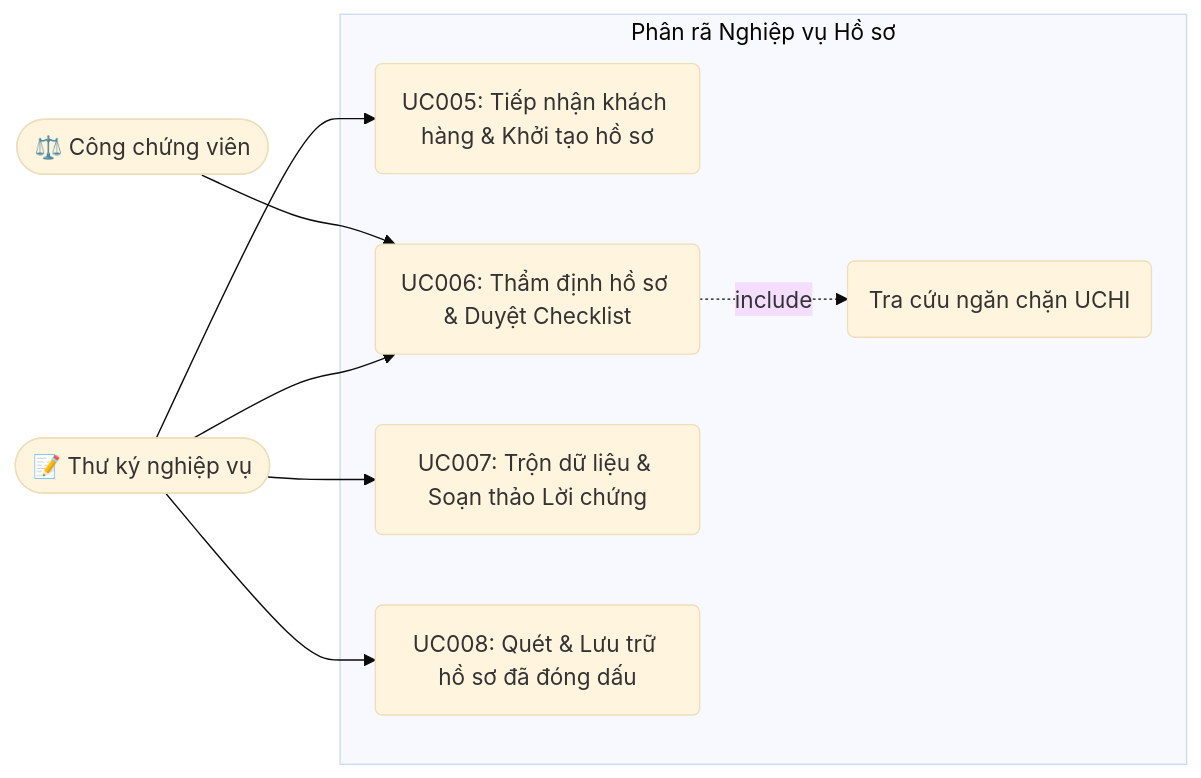
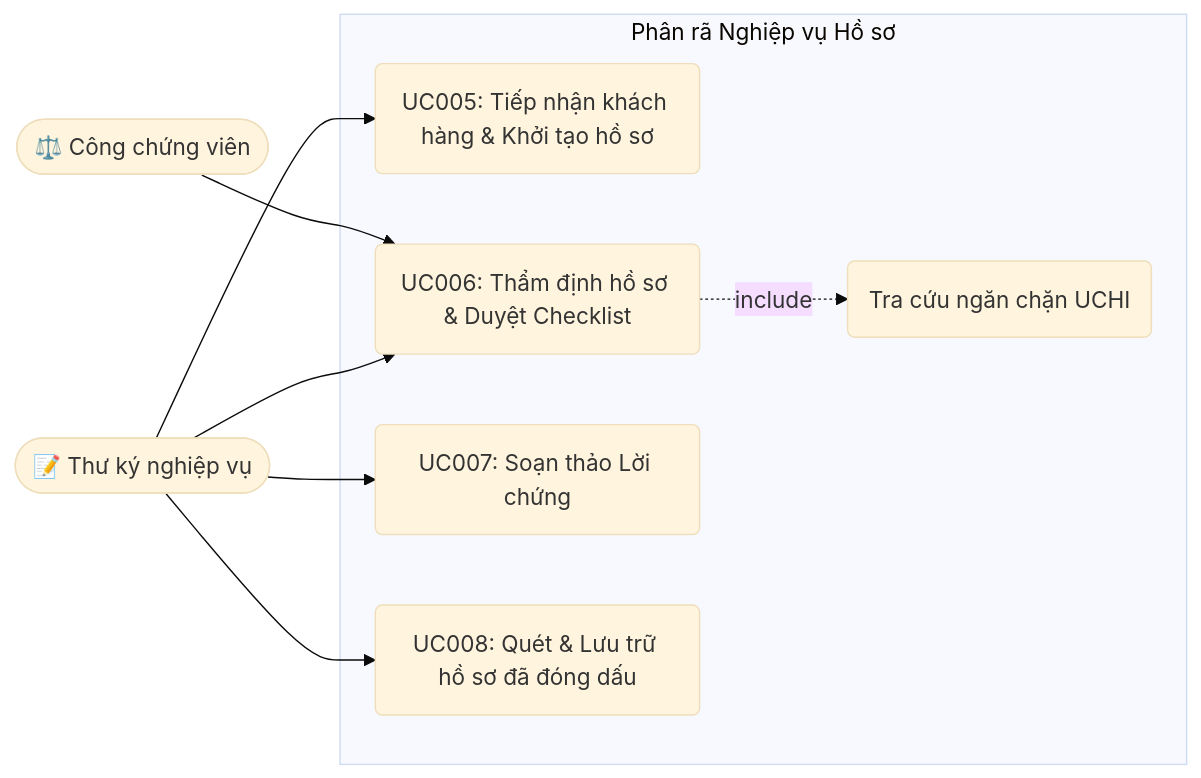
One commit to MinhHoang22/SRS_VPCC changed the third of 5 diagrams in docs/SRS_VPCC.md. Above: the diagram before and after it, drawn with Mermaid (base theme). The commit also changed other lines of this file, not shown here.

````diff
--- a/docs/SRS_VPCC.md
+++ b/docs/SRS_VPCC.md
@@ -240,23 +250,23 @@
 ```mermaid
 flowchart LR
     Sec(["📝 Thư ký nghiệp vụ"])
     CCV(["⚖️ Công chứng viên"])
 
     subgraph Dossier_Decomposed ["Phân rã Nghiệp vụ Hồ sơ"]
         UC005("UC005: Tiếp nhận khách hàng & Khởi tạo hồ sơ")
         UC006("UC006: Thẩm định hồ sơ & Duyệt Checklist")
-        UC007("UC007: Trộn dữ liệu & Soạn thảo Lời chứng")
+        UC007("UC007: Soạn thảo Lời chứng")
         UC008("UC008: Quét & Lưu trữ hồ sơ đã đóng dấu")
         
         UC_UCHI("Tra cứu ngăn chặn UCHI")
     end
 
     Sec --> UC005
     Sec --> UC006
     Sec --> UC007
     Sec --> UC008
 
     CCV --> UC006
 
     UC006 -.->|include| UC_UCHI
 ```
````
